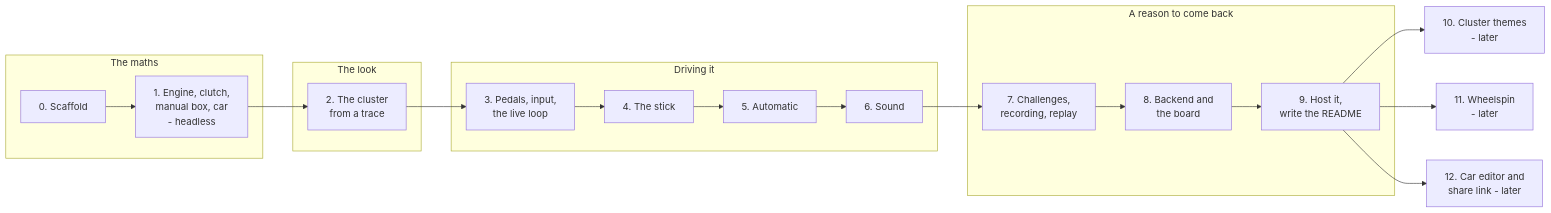
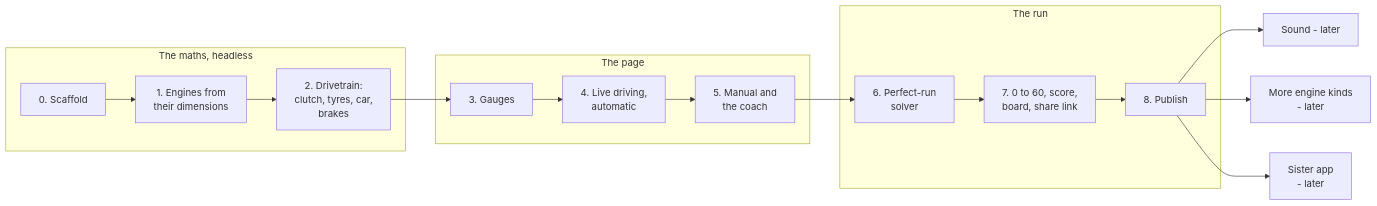
The diagram in pedalsim/requirements/00-plan.md (MoAbboud/PortFolio), drawn with Mermaid before and after one commit. The commit also changed other lines of this file and 6 other files, not shown here.

Commit message:
git add pedalsim/requirements git commit -m "pedalsim replanned as one page of gauges with no server: engines from four to twelve cylinders built from their dimensions, a shift coach, and a 0-60 score measured against a solved perfect run"

````diff
--- a/pedalsim/requirements/00-plan.md
+++ b/pedalsim/requirements/00-plan.md
@@ -30,23 +28,20 @@
 ```mermaid
 flowchart LR
-    subgraph A[The maths]
-        S0[0. Scaffold] --> S1[1. Engine, clutch,<br/>manual box, car<br/>- headless]
+    subgraph A[The maths, headless]
+        S0[0. Scaffold] --> S1[1. Engines from<br/>their dimensions]
+        S1 --> S2[2. Drivetrain:<br/>clutch, tyres, car,<br/>brakes]
     end
-    subgraph B[The look]
-        S2[2. The cluster<br/>from a trace]
+    subgraph B[The page]
+        S3[3. Gauges] --> S4[4. Live driving,<br/>automatic]
+        S4 --> S5[5. Manual and<br/>the coach]
     end
-    subgraph C[Driving it]
-        S3[3. Pedals, input,<br/>the live loop] --> S4[4. The stick]
-        S4 --> S5[5. Automatic]
-        S5 --> S6[6. Sound]
+    subgraph C[The run]
+        S6[6. Perfect-run<br/>solver] --> S7[7. 0 to 60, score,<br/>board, share link]
+        S7 --> S8[8. Publish]
     end
-    subgraph D[A reason to come back]
-        S7[7. Challenges,<br/>recording, replay] --> S8[8. Backend and<br/>the board]
-        S8 --> S9[9. Host it,<br/>write the README]
-    end
-    S1 --> S2 --> S3
-    S6 --> S7
-    S9 --> S10[10. Cluster themes<br/>- later]
-    S9 --> S11[11. Wheelspin<br/>- later]
-    S9 --> S12[12. Car editor and<br/>share link - later]
+    S2 --> S3
+    S5 --> S6
+    S8 --> L1[Sound - later]
+    S8 --> L2[More engine kinds<br/>- later]
+    S8 --> L3[Sister app<br/>- later]
 ```
````
